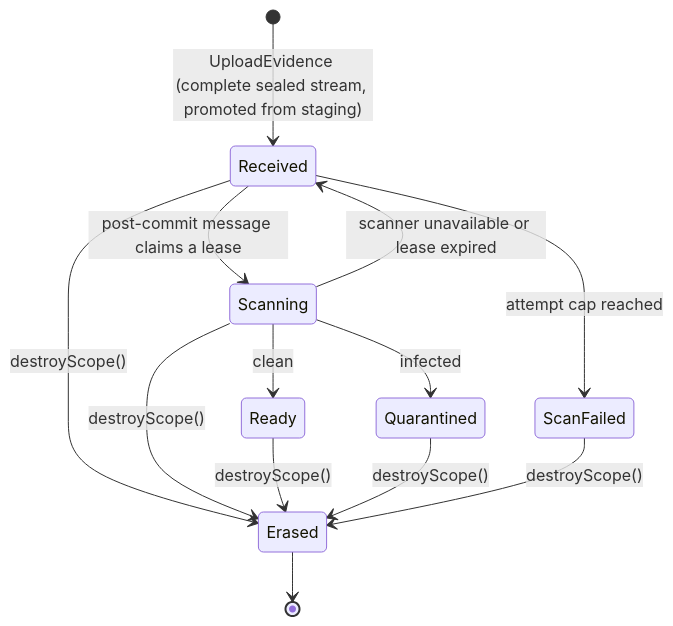
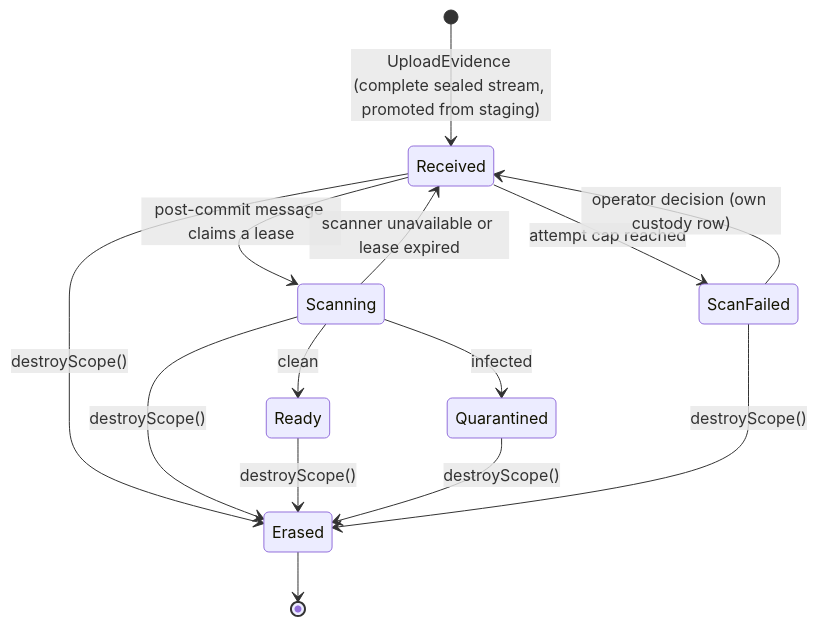
One commit to sergio-salcedo-dev/ERPify changed the diagram in _bmad-output/specs/spec-documents-context/evidence-lifecycle.md. Above: the diagram before and after it, drawn with Mermaid. The commit also changed other lines of this file and 3 other files, not shown here.

````diff
--- a/_bmad-output/specs/spec-documents-context/evidence-lifecycle.md
+++ b/_bmad-output/specs/spec-documents-context/evidence-lifecycle.md
@@ -5,15 +5,16 @@
 ```mermaid
 stateDiagram-v2
     [*] --> Received: UploadEvidence (complete sealed stream, promoted from staging)
     Received --> Scanning: post-commit message claims a lease
     Scanning --> Ready: clean
     Scanning --> Quarantined: infected
     Scanning --> Received: scanner unavailable or lease expired
     Received --> ScanFailed: attempt cap reached
+    ScanFailed --> Received: operator decision (own custody row)
     Received --> Erased: destroyScope()
     Scanning --> Erased: destroyScope()
     Ready --> Erased: destroyScope()
     Quarantined --> Erased: destroyScope()
     ScanFailed --> Erased: destroyScope()
     Erased --> [*]
 ```
````
